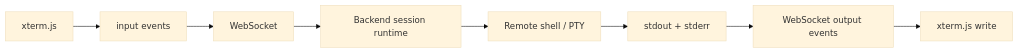
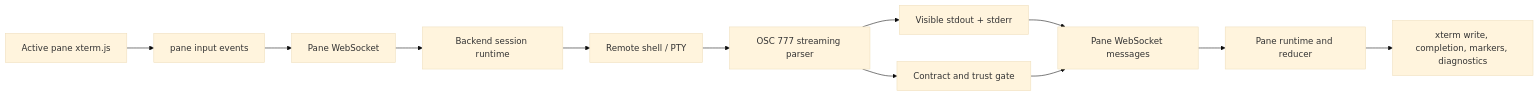
Before and after one commit to XYZ1024-alt/Cosmosh: the sixth of 13 diagrams in docs/developer/core/architecture.md, drawn with Mermaid (base theme). The commit also changed other lines of this file and 60 other files, not shown here.

First line of the commit message:
feat: harden Remote Enhancements runtime and trusted command timeline (#25)

````diff
--- a/docs/developer/core/architecture.md
+++ b/docs/developer/core/architecture.md
@@ -276,10 +279,14 @@
 ```mermaid
 flowchart LR
-  XT[xterm.js] --> IN[input events]
-  IN --> WS[WebSocket]
+  XT[Active pane xterm.js] --> IN[pane input events]
+  IN --> WS[Pane WebSocket]
   WS --> SVC[Backend session runtime]
   SVC --> REM[Remote shell / PTY]
-  REM --> OUT[stdout + stderr]
-  OUT --> WS2[WebSocket output events]
-  WS2 --> XT2[xterm.js write]
+  REM --> PARSER[OSC 777 streaming parser]
+  PARSER --> OUT[Visible stdout + stderr]
+  PARSER --> GATE[Contract and trust gate]
+  OUT --> WS2[Pane WebSocket messages]
+  GATE --> WS2
+  WS2 --> REDUCER[Pane runtime and reducer]
+  REDUCER --> XT2[xterm write, completion, markers, diagnostics]
 ```
````
